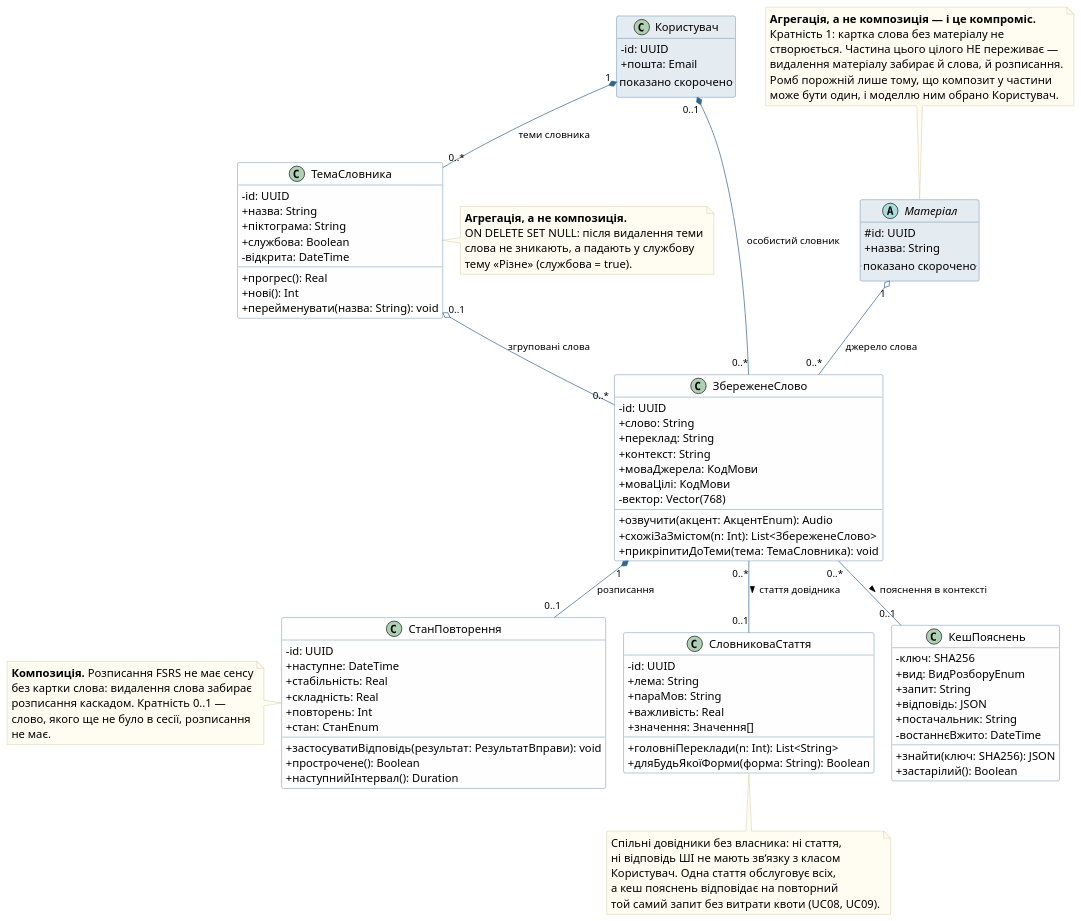
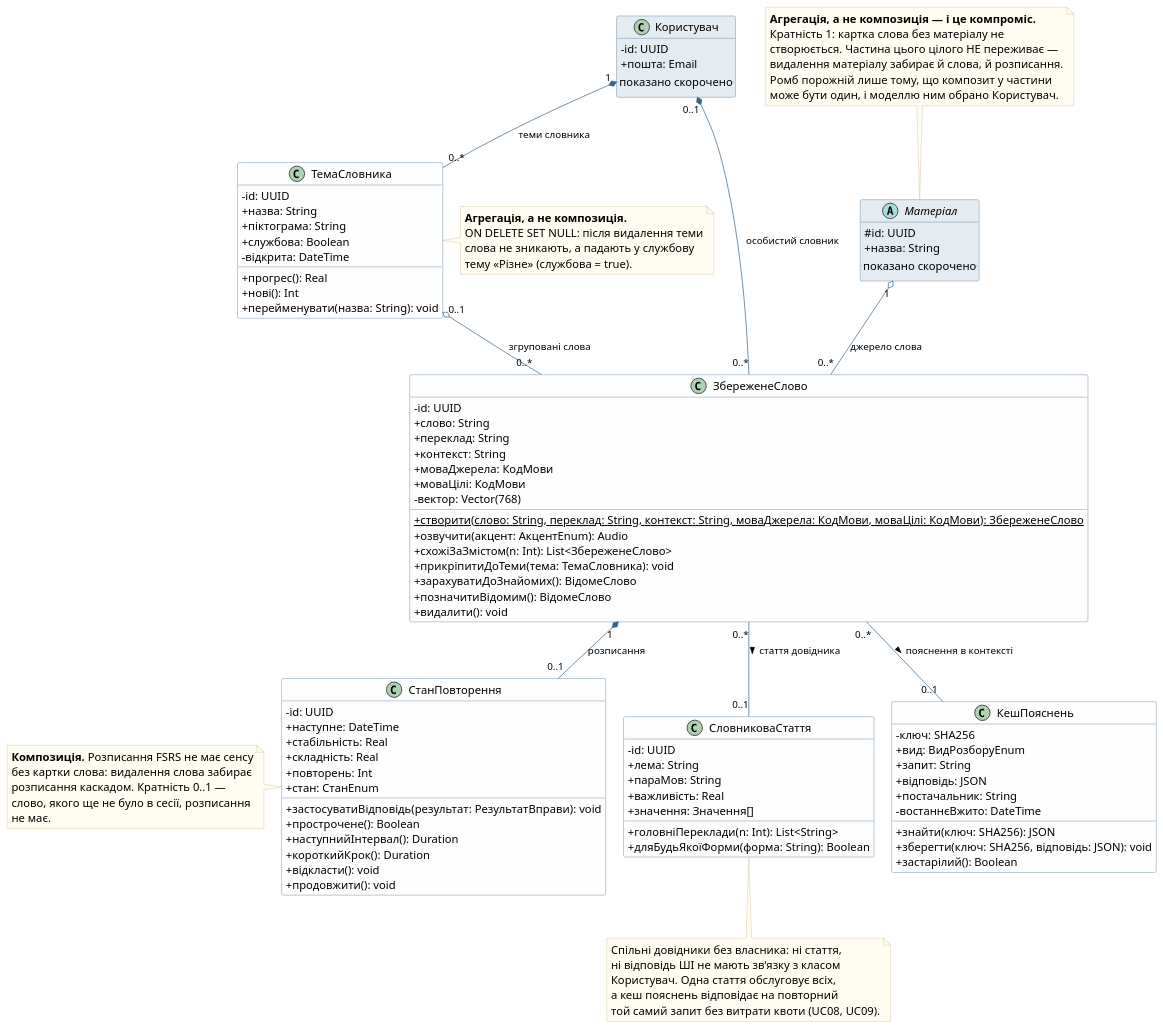
The diagram in lab02_classes/classes_view2.puml (vt232kod-debug/software-modeling), drawn with PlantUML before and after one commit. The commit also changed 52 other files, not shown here.

```diff
--- a/lab02_classes/classes_view2.puml
+++ b/lab02_classes/classes_view2.puml
@@ -1,136 +1,144 @@
 @startuml
 ' ЛР2. Частковий вид 2: словник, повторення й спільний довідник
 ' (композиція, дві агрегації, асоціація)
 ' «Півот». Камінський Олексій Дмитрович, ВТ-23-2
 
 skinparam defaultFontName "Helvetica"
 skinparam defaultFontSize 16
 skinparam classAttributeIconSize 0
 skinparam shadowing false
 skinparam ArrowFontSize 14
 skinparam nodesep 25
 skinparam ranksep 60
 skinparam class {
   BackgroundColor #FEFEFE
   BorderColor #33668E
   ArrowColor #33668E
 }
 skinparam note {
   BackgroundColor #FFFDF2
   BorderColor #C9B47A
 }
 
 class Користувач #E4EBF1 {
   - id: UUID
   + пошта: Email
   .. показано скорочено ..
 }
 
 abstract class Матеріал #E4EBF1 {
   # id: UUID
   + назва: String
   .. показано скорочено ..
 }
 
 class ЗбереженеСлово {
   - id: UUID
   + слово: String
   + переклад: String
   + контекст: String
   + моваДжерела: КодМови
   + моваЦілі: КодМови
   - {field} вектор: Vector(768)
+  + {static} створити(слово: String, переклад: String, контекст: String, моваДжерела: КодМови, моваЦілі: КодМови): ЗбереженеСлово
   + озвучити(акцент: АкцентEnum): Audio
   + схожіЗаЗмістом(n: Int): List<ЗбереженеСлово>
   + прикріпитиДоТеми(тема: ТемаСловника): void
+  + зарахуватиДоЗнайомих(): ВідомеСлово
+  + позначитиВідомим(): ВідомеСлово
+  + видалити(): void
 }
 
 class ТемаСловника {
   - id: UUID
   + назва: String
   + піктограма: String
   + службова: Boolean
   - відкрита: DateTime
   + прогрес(): Real
   + нові(): Int
   + перейменувати(назва: String): void
 }
 
 class СтанПовторення {
   - id: UUID
   + наступне: DateTime
   + стабільність: Real
   + складність: Real
   + повторень: Int
   + стан: СтанEnum
   + застосуватиВідповідь(результат: РезультатВправи): void
   + прострочене(): Boolean
   + наступнийІнтервал(): Duration
+  + короткийКрок(): Duration
+  + відкласти(): void
+  + продовжити(): void
 }
 
 class СловниковаСтаття {
   - id: UUID
   + лема: String
   + параМов: String
   + важливість: Real
   + значення: Значення[]
   + головніПереклади(n: Int): List<String>
   + дляБудьЯкоїФорми(форма: String): Boolean
 }
 
 class КешПояснень {
   - ключ: SHA256
   + вид: ВидРозборуEnum
   + запит: String
   + відповідь: JSON
   + постачальник: String
   - востаннєВжито: DateTime
   + знайти(ключ: SHA256): JSON
+  + зберегти(ключ: SHA256, відповідь: JSON): void
   + застарілий(): Boolean
 }
 
 ' --- композиція ---
 Користувач "0..1" *-- "0..*" ЗбереженеСлово : особистий словник
 Користувач "1" *-- "0..*" ТемаСловника : теми словника
 ЗбереженеСлово "1" *-- "0..1" СтанПовторення : розписання
 
 ' --- агрегація ---
 Матеріал "1" o-- "0..*" ЗбереженеСлово : джерело слова
 ТемаСловника "0..1" o-- "0..*" ЗбереженеСлово : згруповані слова
 
 ' --- асоціація з кратністю ---
 ЗбереженеСлово "0..*" -- "0..1" СловниковаСтаття : стаття довідника >
 ЗбереженеСлово "0..*" -- "0..1" КешПояснень : пояснення в контексті >
 
 note top of Матеріал
   **Агрегація, а не композиція — і це компроміс.**
   Кратність 1: картка слова без матеріалу не
   створюється. Частина цього цілого НЕ переживає —
   видалення матеріалу забирає й слова, й розписання.
   Ромб порожній лише тому, що композит у частини
   може бути один, і моделлю ним обрано Користувач.
 end note
 
 note right of ТемаСловника
   **Агрегація, а не композиція.**
   ON DELETE SET NULL: після видалення теми
   слова не зникають, а падають у службову
   тему «Різне» (службова = true).
 end note
 
 note bottom of СловниковаСтаття
   Спільні довідники без власника: ні стаття,
   ні відповідь ШІ не мають звʼязку з класом
   Користувач. Одна стаття обслуговує всіх,
   а кеш пояснень відповідає на повторний
   той самий запит без витрати квоти (UC08, UC09).
 end note
 
 note left of СтанПовторення
   **Композиція.** Розписання FSRS не має сенсу
   без картки слова: видалення слова забирає
   розписання каскадом. Кратність 0..1 —
   слово, якого ще не було в сесії, розписання
   не має.
 end note
 @enduml
```
